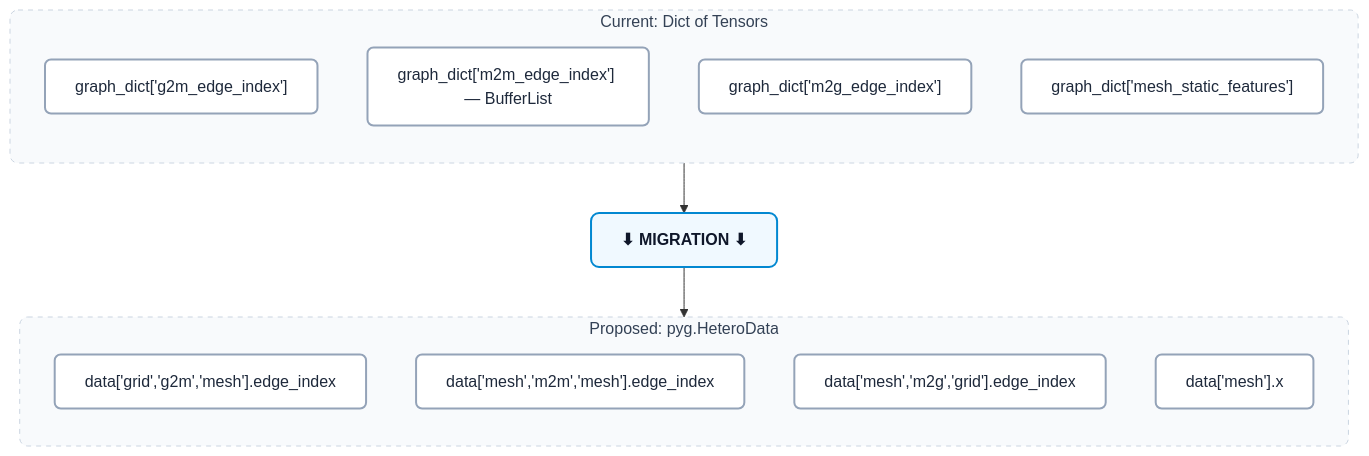
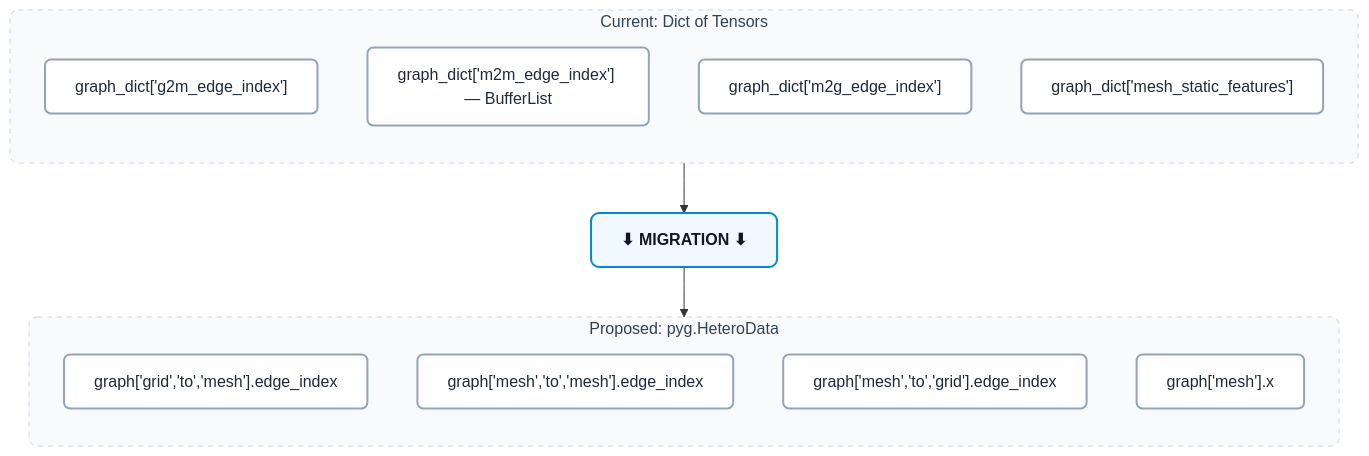
One commit to prajwal-tech07/Gsoc_test changed the ninth of 14 diagrams in GSoC_Final_Draft.md. Above: the diagram before and after it, drawn with Mermaid. The commit also changed other lines of this file, not shown here.

Commit message:
Polish proposal: add clickable PR/issue links throughout, add professional diagram elaborations, fix HeteroData access syntax per mentor feedback

````diff
--- a/GSoC_Final_Draft.md
+++ b/GSoC_Final_Draft.md
@@ -490,32 +504,32 @@
 ```mermaid
 flowchart TB
     %% Professional styling: Clean monochrome and subtle blues for readability
     classDef default fill:#ffffff,stroke:#94a3b8,stroke-width:2px,rx:6px,color:#1e293b
     classDef highlight fill:#f0f9ff,stroke:#0288d1,stroke-width:2px,rx:8px,color:#0f172a,font-weight:bold
 
     subgraph OLD ["Current: Dict of Tensors"]
         direction TB
         O1["graph_dict['g2m_edge_index']"]
         O2["graph_dict['m2m_edge_index'] — BufferList"]
         O3["graph_dict['m2g_edge_index']"]
         O4["graph_dict['mesh_static_features']"]
     end
 
     ARROW["⬇ MIGRATION ⬇"]:::highlight
 
     subgraph NEW ["Proposed: pyg.HeteroData"]
         direction TB
-        N1["data['grid','g2m','mesh'].edge_index"]
-        N2["data['mesh','m2m','mesh'].edge_index"]
-        N3["data['mesh','m2g','grid'].edge_index"]
-        N4["data['mesh'].x"]
+        N1["graph['grid','to','mesh'].edge_index"]
+        N2["graph['mesh','to','mesh'].edge_index"]
+        N3["graph['mesh','to','grid'].edge_index"]
+        N4["graph['mesh'].x"]
     end
 
     %% Flow connections forcing the 3-row stacked layout
     OLD --> ARROW
     ARROW --> NEW
 
     %% Subgraph styling for a polished, contained look
     style OLD fill:#f8fafc,stroke:#cbd5e1,stroke-dasharray: 5 5,color:#334155,rx:8px
     style NEW fill:#f8fafc,stroke:#cbd5e1,stroke-dasharray: 5 5,color:#334155,rx:8px
 ```
````
